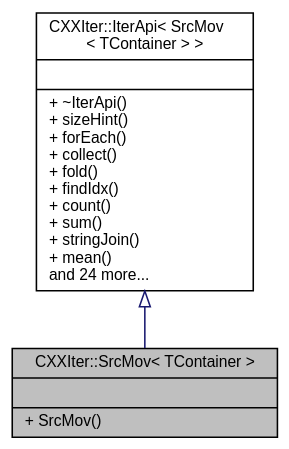
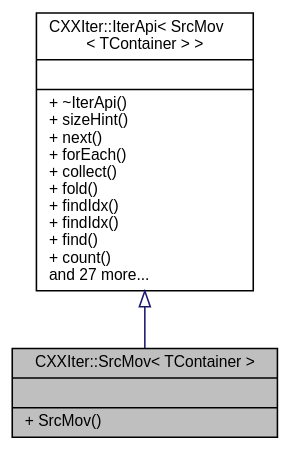
The diagram in classCXXIter_1_1SrcMov__inherit__graph.dot (seijikun/CXXIter), drawn with Graphviz before and after one commit. The commit also changed 24 other files, not shown here.

```diff
--- a/classCXXIter_1_1SrcMov__inherit__graph.dot
+++ b/classCXXIter_1_1SrcMov__inherit__graph.dot
@@ -1,11 +1,11 @@
 digraph "CXXIter::SrcMov&lt; TContainer &gt;"
 {
  // INTERACTIVE_SVG=YES
  // LATEX_PDF_SIZE
   bgcolor="transparent";
   edge [fontname="Helvetica",fontsize="10",labelfontname="Helvetica",labelfontsize="10"];
   node [fontname="Helvetica",fontsize="10",shape=record];
   Node1 [label="{CXXIter::SrcMov\< TContainer \>\n||+ SrcMov()\l}",height=0.2,width=0.4,color="black", fillcolor="grey75", style="filled", fontcolor="black",tooltip="CXXIter iterator source that takes over the input item source, and moves its items through the elemen..."];
   Node2 -> Node1 [dir="back",color="midnightblue",fontsize="10",style="solid",arrowtail="onormal",fontname="Helvetica"];
-  Node2 [label="{CXXIter::IterApi\< SrcMov\l\< TContainer \> \>\n||+ ~IterApi()\l+ sizeHint()\l+ forEach()\l+ collect()\l+ fold()\l+ findIdx()\l+ count()\l+ sum()\l+ stringJoin()\l+ mean()\land 24 more...\l}",height=0.2,width=0.4,color="black",URL="$classCXXIter_1_1IterApi.html",tooltip=" "];
+  Node2 [label="{CXXIter::IterApi\< SrcMov\l\< TContainer \> \>\n||+ ~IterApi()\l+ sizeHint()\l+ next()\l+ forEach()\l+ collect()\l+ fold()\l+ findIdx()\l+ findIdx()\l+ find()\l+ count()\land 27 more...\l}",height=0.2,width=0.4,color="black",URL="$classCXXIter_1_1IterApi.html",tooltip=" "];
 }
```
